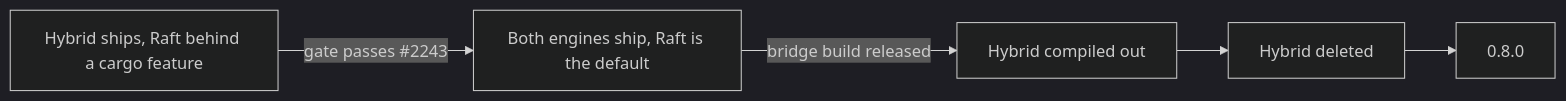
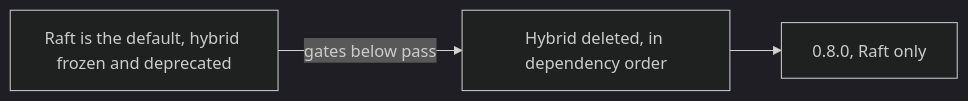
The diagram in docs/hybrid-retirement.md (GetFelix/felix), drawn with Mermaid (dark theme) before and after one commit. The commit also changed other lines of this file and 27 other files, not shown here.

First line of the commit message:
feat(raft): Raft is the default shard engine (#2167)

````diff
--- a/docs/hybrid-retirement.md
+++ b/docs/hybrid-retirement.md
@@ -244,7 +242,5 @@
 ```mermaid
 flowchart LR
-  A[Hybrid ships, Raft behind a cargo feature] -->|gate passes #2243| B[Both engines ship, Raft is the default]
-  B -->|bridge build released| C[Hybrid compiled out]
-  C --> D[Hybrid deleted]
-  D --> E[0.8.0]
+  A[Raft is the default, hybrid frozen and deprecated] -->|gates below pass| B[Hybrid deleted, in dependency order]
+  B --> C[0.8.0, Raft only]
 ```
````
